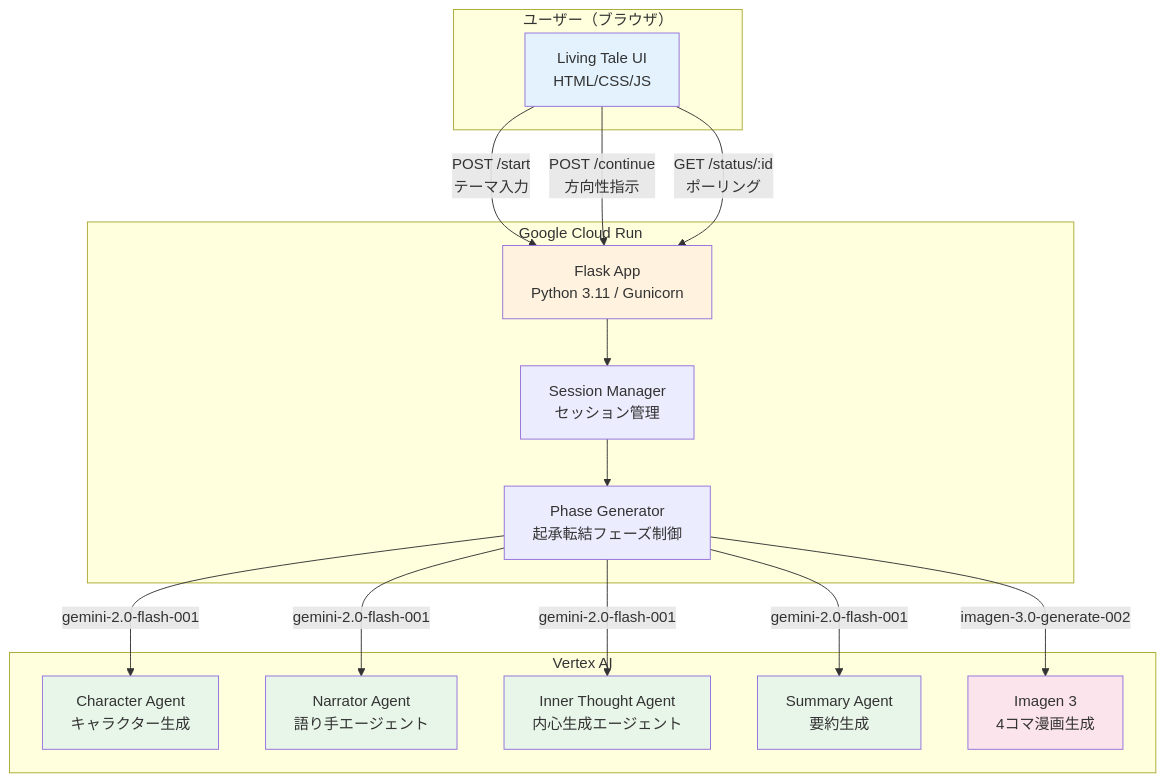
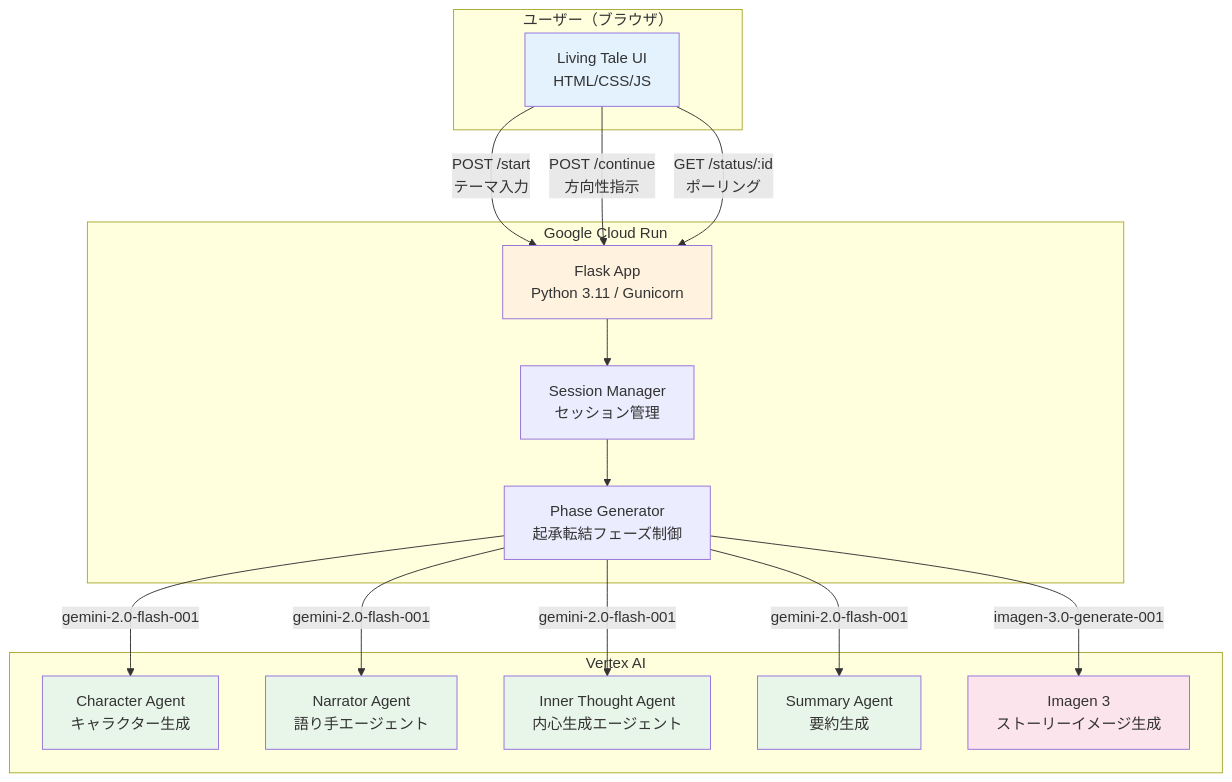
The first of 2 diagrams in articles/435cab215d4f16.md (coralfish02/living-tale), drawn with Mermaid before and after one commit. The commit also changed other lines of this file and 1 other file, not shown here.

````diff
--- a/articles/435cab215d4f16.md
+++ b/articles/435cab215d4f16.md
@@ -208,39 +206,39 @@
 ```mermaid
 graph TB
     subgraph "ユーザー（ブラウザ）"
         UI[Living Tale UI<br/>HTML/CSS/JS]
     end
 
     subgraph "Google Cloud Run"
         Flask[Flask App<br/>Python 3.11 / Gunicorn]
         Session[Session Manager<br/>セッション管理]
         PhaseGen[Phase Generator<br/>起承転結フェーズ制御]
     end
 
     subgraph "Vertex AI"
         CharGen[Character Agent<br/>キャラクター生成]
         Narrator[Narrator Agent<br/>語り手エージェント]
         InnerGen[Inner Thought Agent<br/>内心生成エージェント]
         Summary[Summary Agent<br/>要約生成]
-        Imagen[Imagen 3<br/>4コマ漫画生成]
+        Imagen[Imagen 3<br/>ストーリーイメージ生成]
     end
 
     UI -->|"POST /start<br/>テーマ入力"| Flask
     UI -->|"POST /continue<br/>方向性指示"| Flask
     UI -->|"GET /status/:id<br/>ポーリング"| Flask
     Flask --> Session
     Session --> PhaseGen
     PhaseGen -->|"gemini-2.0-flash-001"| CharGen
     PhaseGen -->|"gemini-2.0-flash-001"| Narrator
     PhaseGen -->|"gemini-2.0-flash-001"| InnerGen
     PhaseGen -->|"gemini-2.0-flash-001"| Summary
-    PhaseGen -->|"imagen-3.0-generate-002"| Imagen
+    PhaseGen -->|"imagen-3.0-generate-001"| Imagen
 
     style UI fill:#E3F2FD
     style Flask fill:#FFF3E0
     style CharGen fill:#E8F5E9
     style Narrator fill:#E8F5E9
     style InnerGen fill:#E8F5E9
     style Summary fill:#E8F5E9
     style Imagen fill:#FCE4EC
 ```
````
